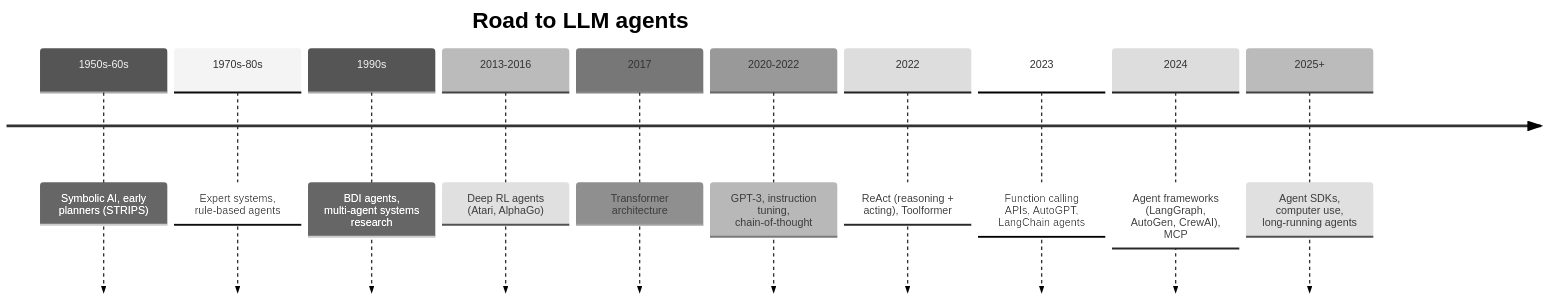
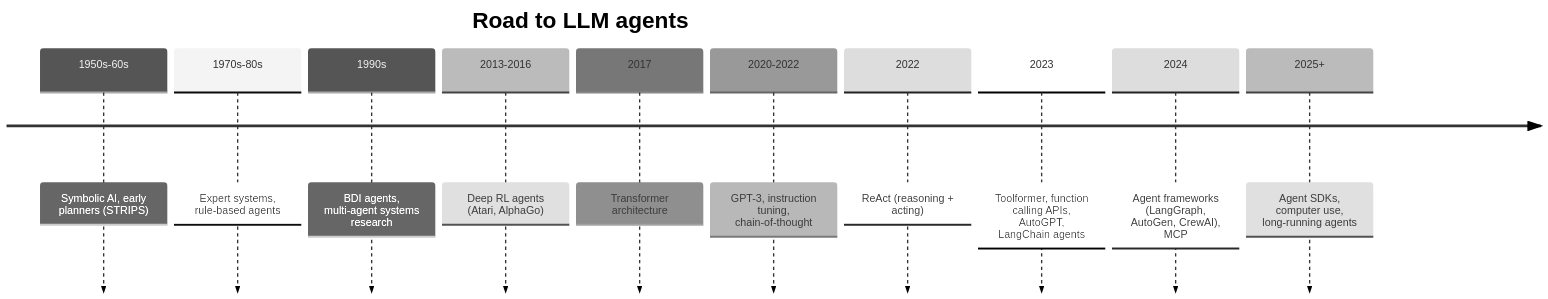
The third of 4 diagrams in docs/01-foundations.md (sztistvan/llm-agents-handouts), drawn with Mermaid (neutral theme) before and after one commit. The commit also changed other lines of this file and 15 other files, not shown here.

````diff
--- a/docs/01-foundations.md
+++ b/docs/01-foundations.md
@@ -49,14 +49,14 @@
 ```mermaid
 timeline
     title Road to LLM agents
     1950s-60s : Symbolic AI, early planners (STRIPS)
     1970s-80s : Expert systems, rule-based agents
     1990s : BDI agents, multi-agent systems research
     2013-2016 : Deep RL agents (Atari, AlphaGo)
     2017 : Transformer architecture
     2020-2022 : GPT-3, instruction tuning, chain-of-thought
-    2022 : ReAct (reasoning + acting), Toolformer
-    2023 : Function calling APIs, AutoGPT, LangChain agents
+    2022 : ReAct (reasoning + acting)
+    2023 : Toolformer, function calling APIs, AutoGPT, LangChain agents
     2024 : Agent frameworks (LangGraph, AutoGen, CrewAI), MCP
     2025+ : Agent SDKs, computer use, long-running agents
 ```
````
